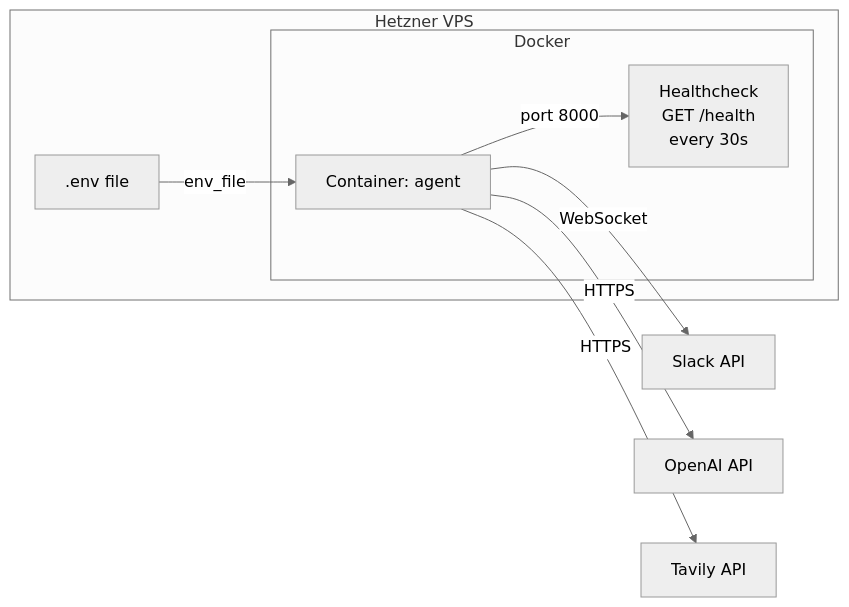
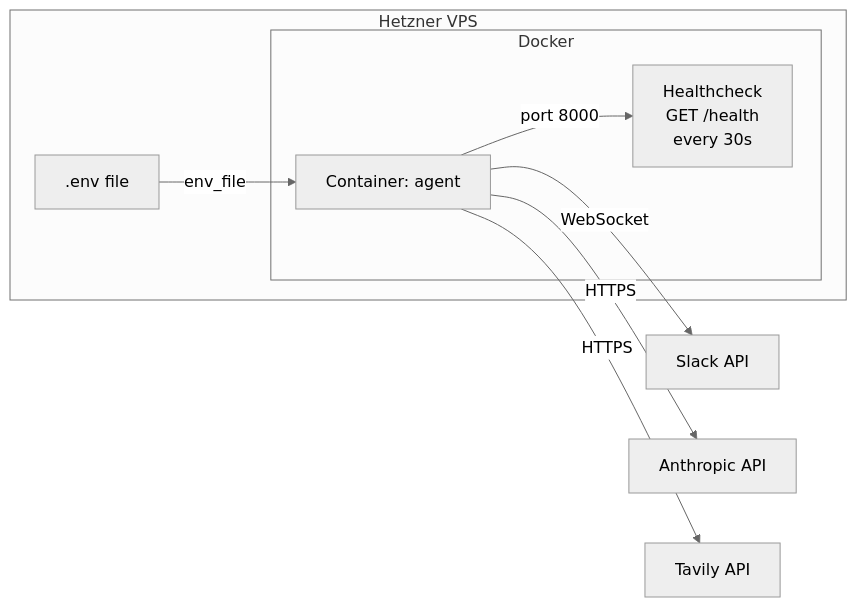
One commit to GoodbyePlanet/pd-general-purpose-agent changed the seventh of 7 diagrams in architecture.md. Above: the diagram before and after it, drawn with Mermaid (neutral theme). The commit also changed other lines of this file and 9 other files, not shown here.

````diff
--- a/architecture.md
+++ b/architecture.md
@@ -189,14 +189,14 @@
 ```mermaid
 graph LR
     subgraph "Hetzner VPS"
         subgraph Docker
             C[Container: agent]
             C -- "port 8000" --> HC[Healthcheck<br/>GET /health<br/>every 30s]
         end
         ENV[.env file] -- "env_file" --> C
     end
 
     C -- "WebSocket" --> S[Slack API]
-    C -- "HTTPS" --> O[OpenAI API]
+    C -- "HTTPS" --> O[Anthropic API]
     C -- "HTTPS" --> T[Tavily API]
 ```
````
